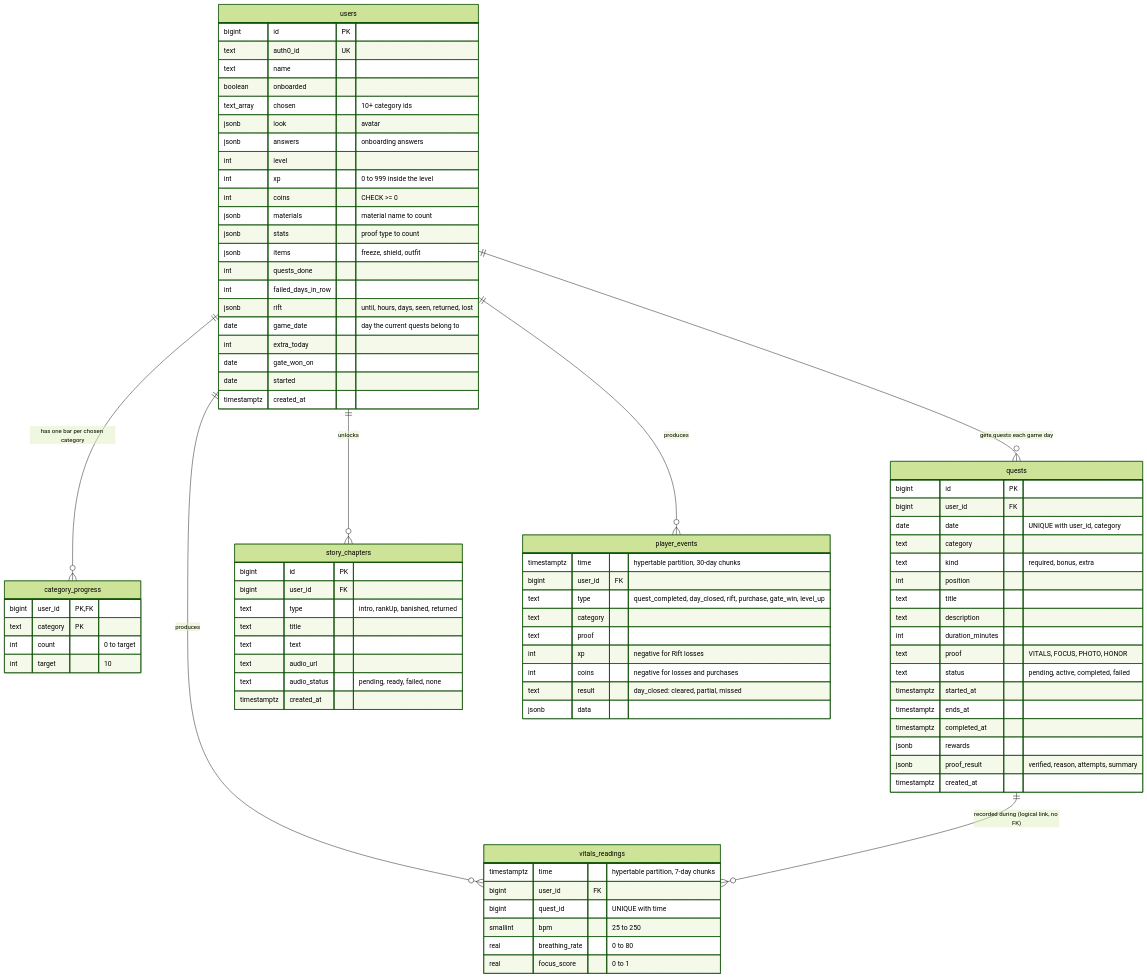
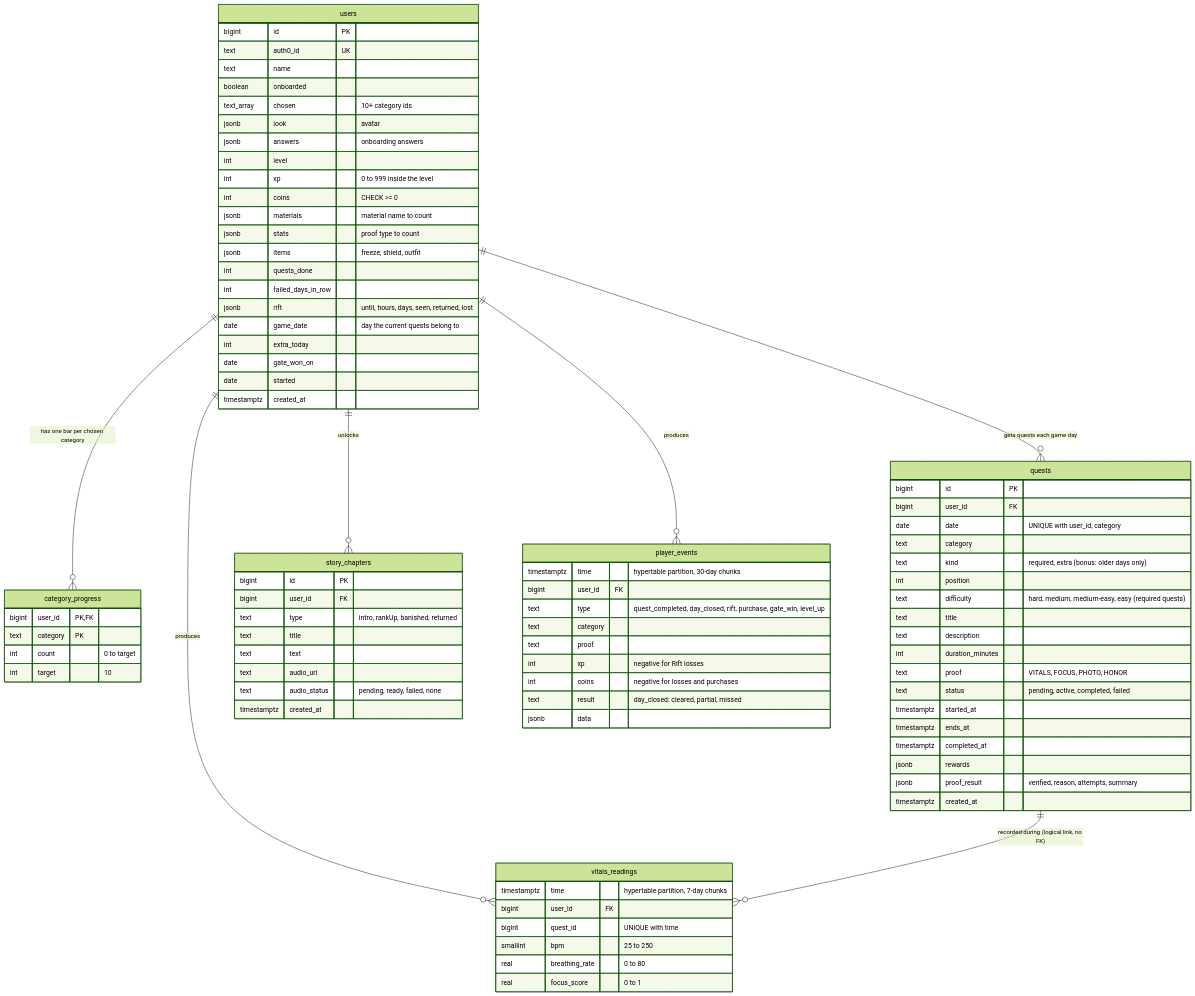
One commit to SOSANE/level-up changed the first of 3 diagrams in docs/database.md. Above: the diagram before and after it, drawn with Mermaid (forest theme). The commit also changed 35 other files, not shown here.

```diff
--- a/docs/database.md
+++ b/docs/database.md
@@ -55,8 +55,9 @@
     bigint user_id FK
     date date "UNIQUE with user_id, category"
     text category
-    text kind "required, bonus, extra"
+    text kind "required, extra (bonus: older days only)"
     int position
+    text difficulty "hard, medium, medium-easy, easy (required quests)"
     text title
     text description
     int duration_minutes
```
